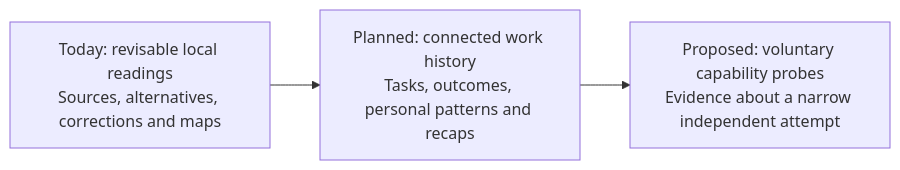
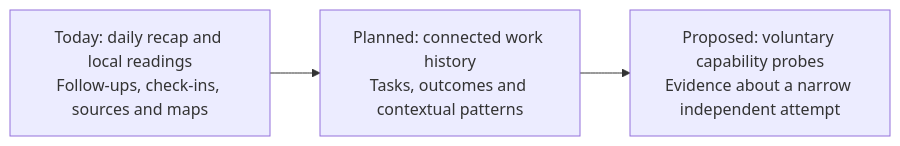
One commit to romrom-20/Vernier changed the diagram in README.md. Above: the diagram before and after it, drawn with Mermaid. The commit also changed other lines of this file and 31 other files, not shown here.

Commit message:
Make the human daily recap the first layer of Vernier

````diff
--- a/README.md
+++ b/README.md
@@ -43,5 +43,5 @@
 ```mermaid
 flowchart LR
-    A["Today: revisable local readings<br/>Sources, alternatives, corrections and maps"] --> B["Planned: connected work history<br/>Tasks, outcomes, personal patterns and recaps"]
+    A["Today: daily recap and local readings<br/>Follow-ups, check-ins, sources and maps"] --> B["Planned: connected work history<br/>Tasks, outcomes and contextual patterns"]
     B --> C["Proposed: voluntary capability probes<br/>Evidence about a narrow independent attempt"]
 ```
````
